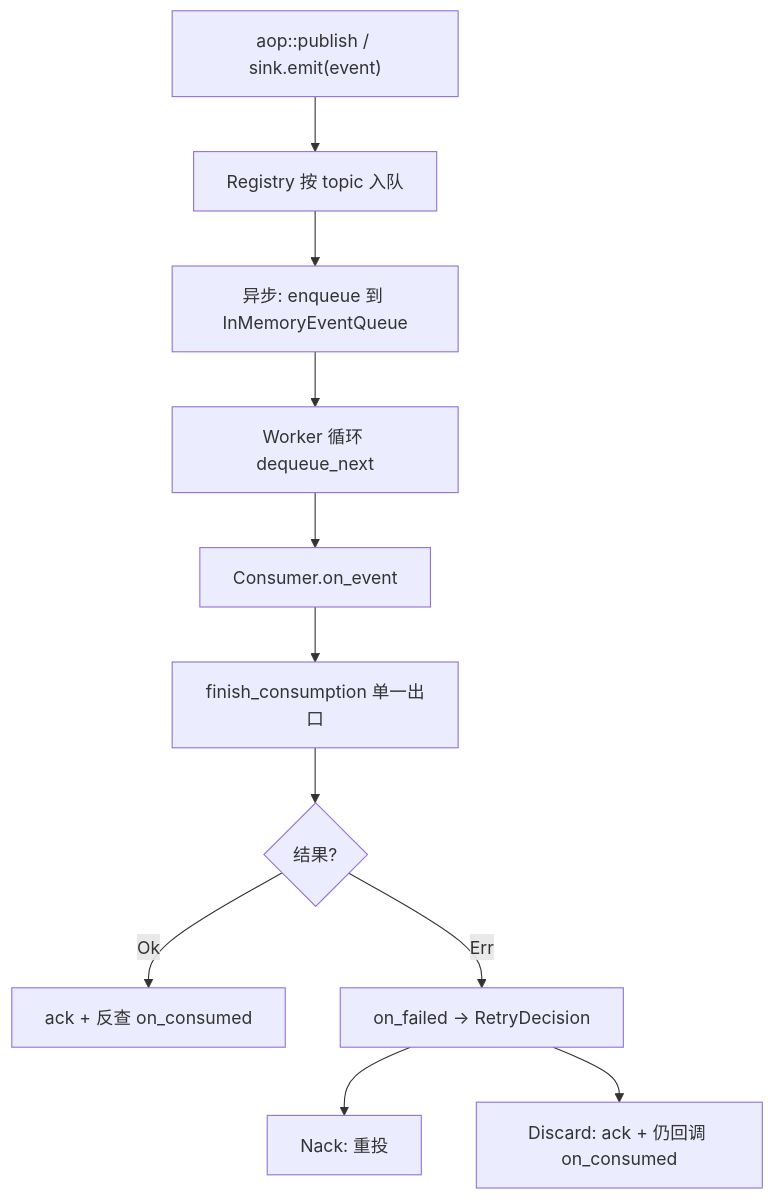
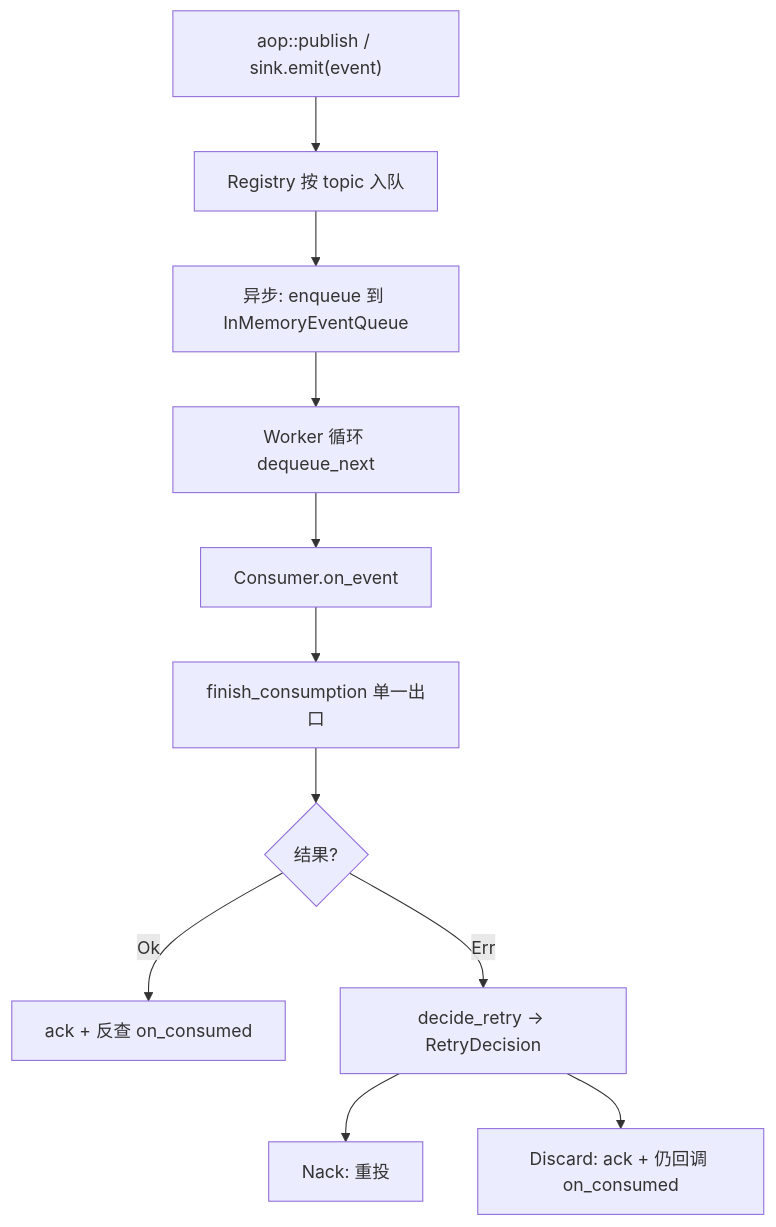
The third of 6 diagrams in docs/wiki/zh/content/核心模块/AOP 事件系统/AOP 事件系统.md (runningcoders/ai_orz), drawn with Mermaid before and after one commit. The commit also changed other lines of this file and 28 other files, not shown here.

````diff
--- a/docs/wiki/zh/content/核心模块/AOP 事件系统/AOP 事件系统.md
+++ b/docs/wiki/zh/content/核心模块/AOP 事件系统/AOP 事件系统.md
@@ -194,13 +194,13 @@
 ```mermaid
 graph TB
 PUB["aop::publish / sink.emit(event)"] --> ROUTE["Registry 按 topic 入队"]
 ROUTE --> ASYNC["异步: enqueue 到 InMemoryEventQueue"]
 ASYNC --> WL["Worker 循环 dequeue_next"]
 WL --> CONS["Consumer.on_event"]
 CONS --> FC["finish_consumption 单一出口"]
 FC --> OK{"结果?"}
 OK --> |Ok| ACK["ack + 反查 on_consumed"]
-OK --> |Err| DEC["on_failed → RetryDecision"]
+OK --> |Err| DEC["decide_retry → RetryDecision"]
 DEC --> NACK["Nack: 重投"]
 DEC --> DISC["Discard: ack + 仍回调 on_consumed"]
 ```
````
